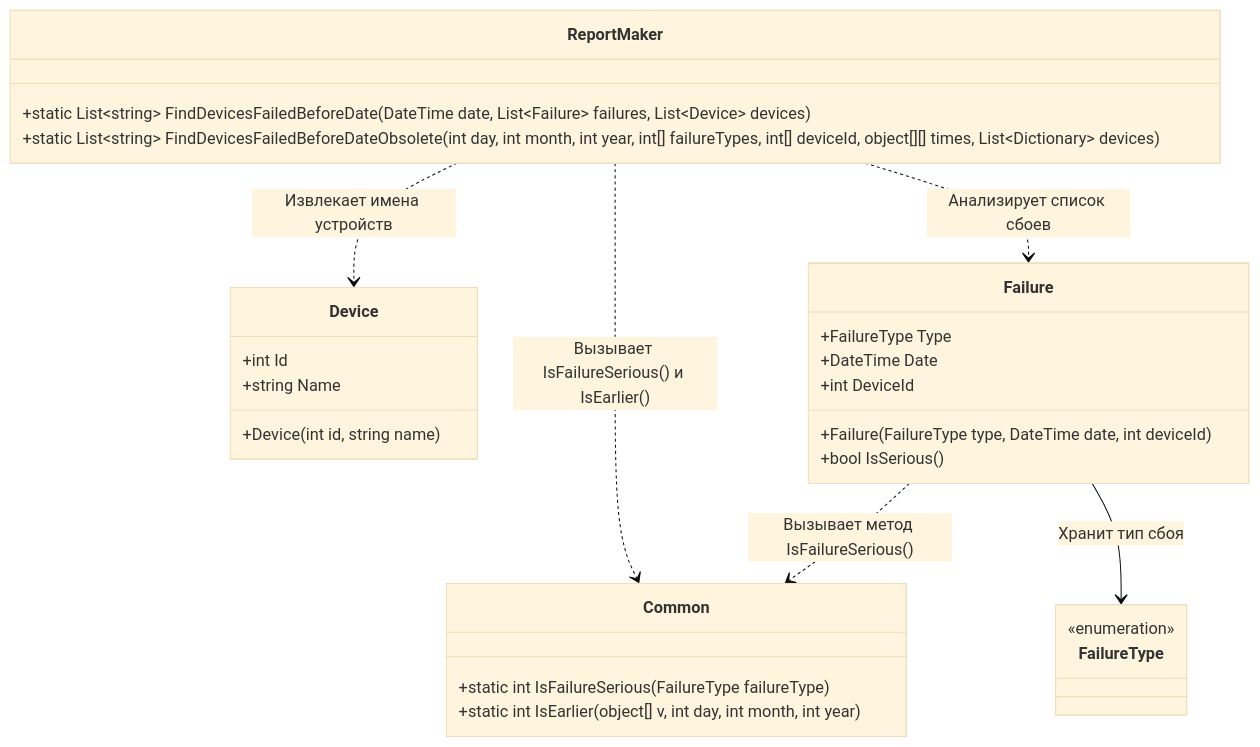
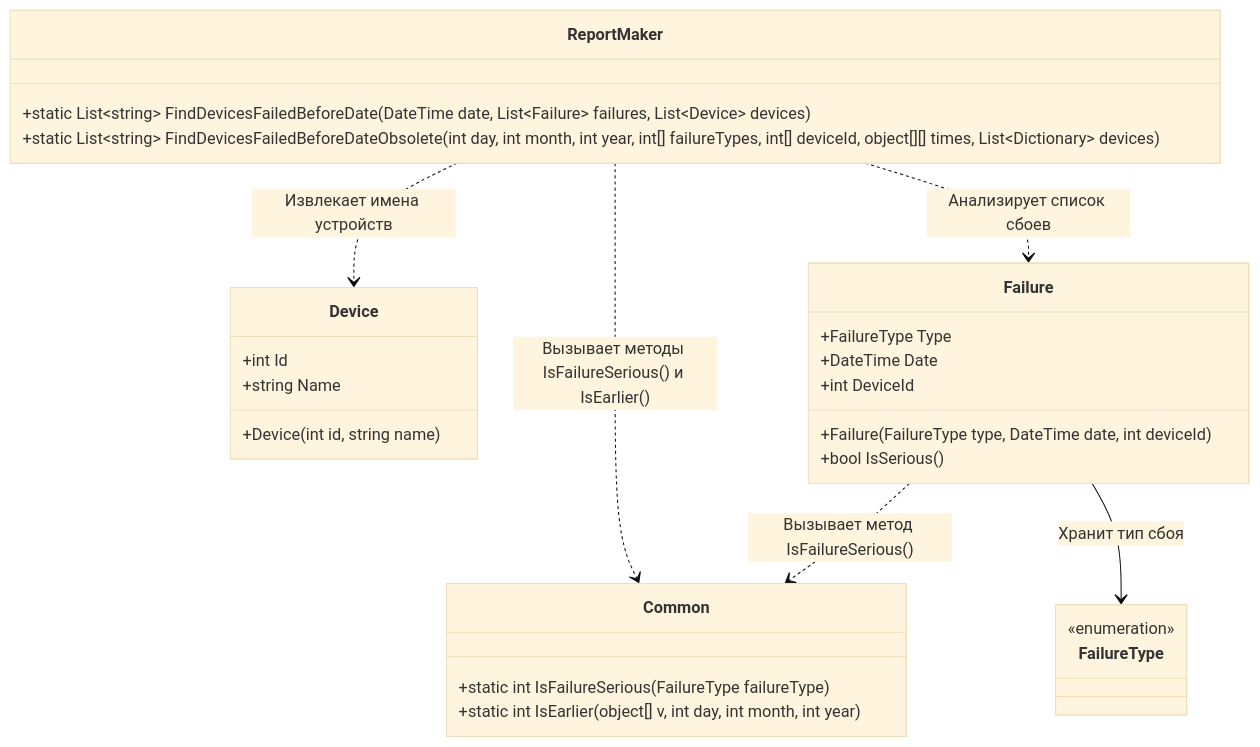
One commit to ram0k009/Practice changed the diagram in sboi.md. Above: the diagram before and after it, drawn with Mermaid (base theme).

````diff
--- a/sboi.md
+++ b/sboi.md
@@ -1,38 +1,38 @@
 ```mermaid
 classDiagram
 direction TB
     class Device {
 	    +int Id
 	    +string Name
 	    +Device(int id, string name)
     }
 
     class Failure {
 	    +FailureType Type
 	    +DateTime Date
 	    +int DeviceId
 	    +Failure(FailureType type, DateTime date, int deviceId)
 	    +bool IsSerious()
     }
 
     class Common {
 	    +static int IsFailureSerious(FailureType failureType)
 	    +static int IsEarlier(object[] v, int day, int month, int year)
     }
 
     class ReportMaker {
 	    +static List~string~ FindDevicesFailedBeforeDate(DateTime date, List~Failure~ failures, List~Device~ devices)
 	    +static List~string~ FindDevicesFailedBeforeDateObsolete(int day, int month, int year, int[] failureTypes, int[] deviceId, object[][] times, List~Dictionary~ devices)
     }
 
     class FailureType {
     }
 
 	<<enumeration>> FailureType
 
     Failure ..> Common : Вызывает метод IsFailureSerious()
     ReportMaker ..> Failure : Анализирует список сбоев
     ReportMaker ..> Device : Извлекает имена устройств
-	ReportMaker ..> Common : Вызывает IsFailureSerious() и IsEarlier()
+	ReportMaker ..> Common : Вызывает методы IsFailureSerious() и IsEarlier()
 	Failure --> FailureType : Хранит тип сбоя
 ```
````
